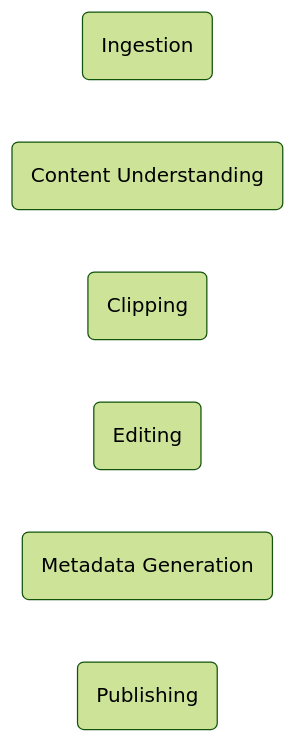
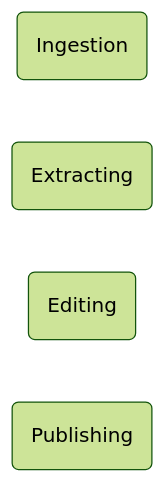
Before and after one commit to ITSAIDI/ClipMind: the first of 3 diagrams in brainstorming.md, drawn with Mermaid (forest theme). The commit also changed other lines of this file and 6 other files, not shown here.

````diff
--- a/brainstorming.md
+++ b/brainstorming.md
@@ -5,7 +5,7 @@
 ```mermaid
 flowchart TD
-    A(Ingestion) --> B(Content Understanding) --> C(Clipping) --> D(Editing) --> E(Metadata Generation) --> F(Publishing)
+    A(Ingestion) --> B(Extracting) --> D(Editing) --> F(Publishing)
 
     linkStyle default stroke:#ffff,stroke-width:2px
 
 ```
````
